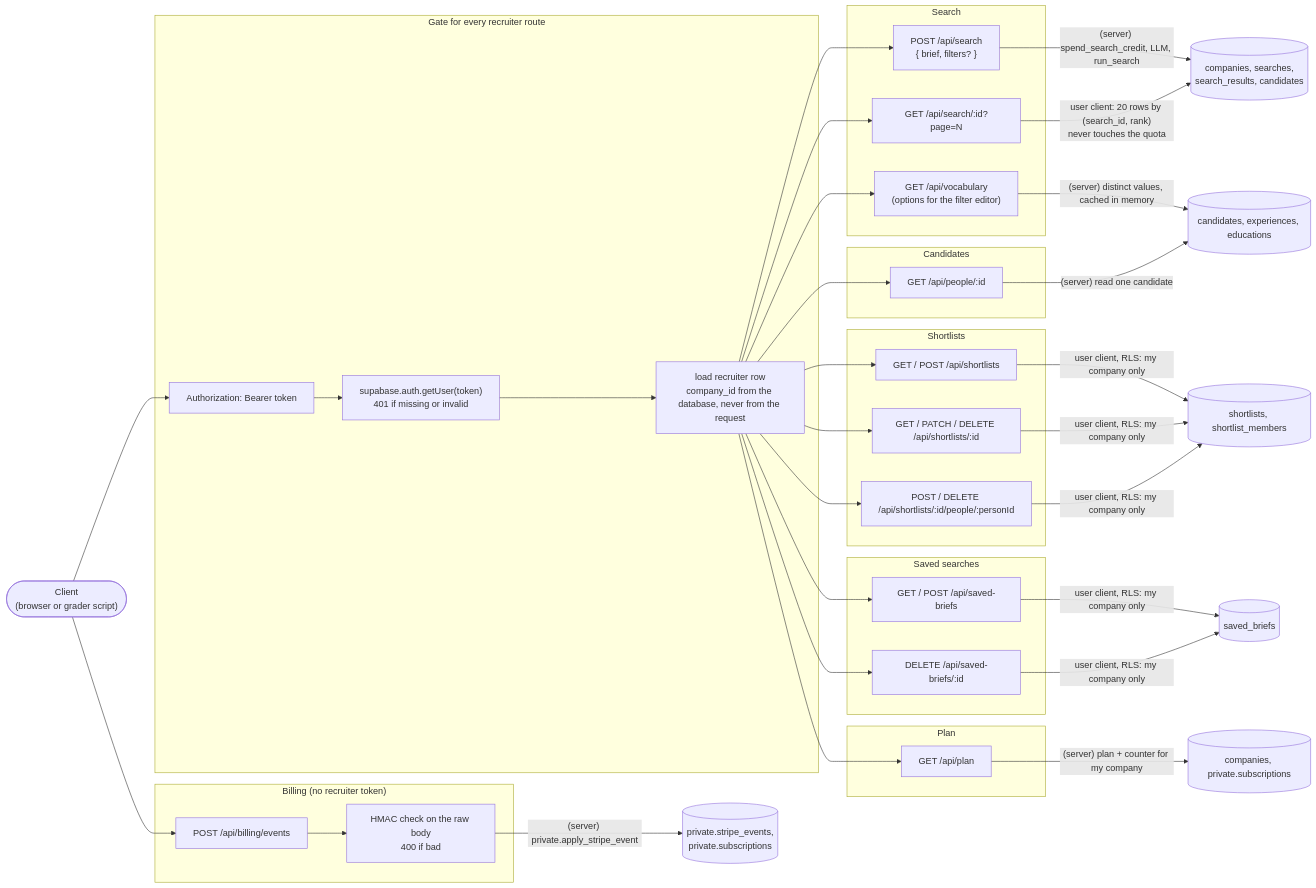
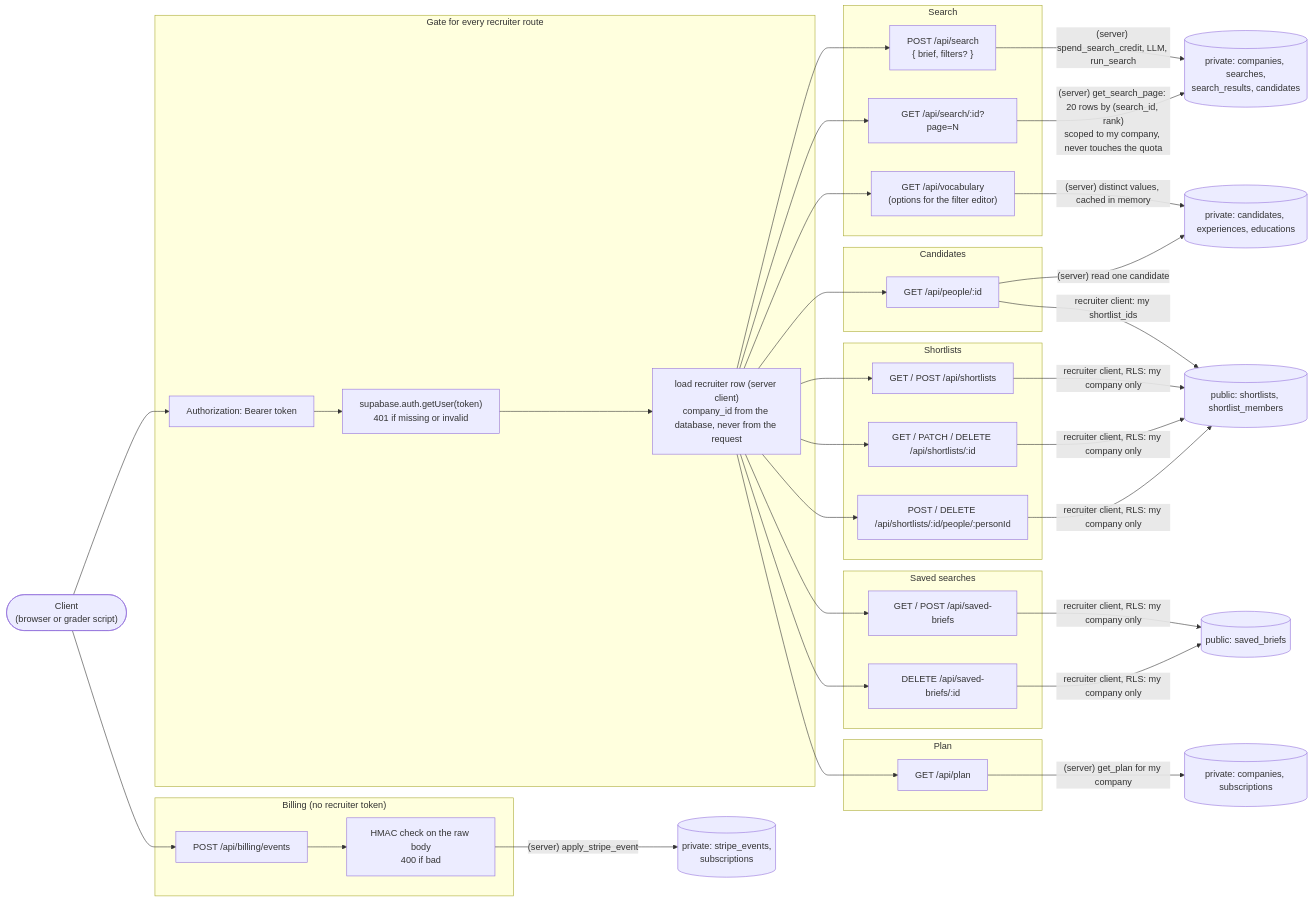
Before and after one commit to Shweta488/candidate-search: the diagram in docs/diagrams/04-request-map.mmd, drawn with Mermaid. The commit also changed 7 other files, not shown here.

First line of the commit message:
docs: align architecture, rules and diagrams with the LLD

```diff
--- a/docs/diagrams/04-request-map.mmd
+++ b/docs/diagrams/04-request-map.mmd
@@ -1,51 +1,52 @@
 %% LLD: every API request, how it is authorised, and what it touches.
-%% user client = publishable key + caller's token, every query runs under RLS
-%% server client = secret key, only used for the paths marked (server)
+%% recruiter client = publishable key + caller's token, every query runs under RLS
+%% server client = secret key, used for the paths marked (server). See LLD section 4.
 flowchart LR
     C(["Client<br/>(browser or grader script)"])
 
     subgraph Gate["Gate for every recruiter route"]
         G1["Authorization: Bearer token"]
         G2["supabase.auth.getUser(token)<br/>401 if missing or invalid"]
-        G3["load recruiter row<br/>company_id from the database, never from the request"]
+        G3["load recruiter row (server client)<br/>company_id from the database, never from the request"]
         G1 --> G2 --> G3
     end
 
     subgraph Search["Search"]
         S1["POST /api/search<br/>{ brief, filters? }"]
         S2["GET /api/search/:id?page=N"]
         S3["GET /api/vocabulary<br/>(options for the filter editor)"]
     end
     subgraph People["Candidates"]
         P1["GET /api/people/:id"]
     end
     subgraph Lists["Shortlists"]
         L1["GET / POST /api/shortlists"]
         L2["GET / PATCH / DELETE /api/shortlists/:id"]
         L3["POST / DELETE /api/shortlists/:id/people/:personId"]
     end
     subgraph Saved["Saved searches"]
         B1["GET / POST /api/saved-briefs"]
         B2["DELETE /api/saved-briefs/:id"]
     end
     subgraph Plan["Plan"]
         PL["GET /api/plan"]
     end
     subgraph Billing["Billing (no recruiter token)"]
         W1["POST /api/billing/events"]
         W2["HMAC check on the raw body<br/>400 if bad"]
         W1 --> W2
     end
 
     C --> G1
     C --> W1
     G3 --> S1 & S2 & S3 & P1 & L1 & L2 & L3 & B1 & B2 & PL
 
-    S1 -- "(server) spend_search_credit, LLM, run_search" --> T1[("companies, searches,<br/>search_results, candidates")]
-    S2 -- "user client: 20 rows by (search_id, rank)<br/>never touches the quota" --> T1
+    S1 -- "(server) spend_search_credit, LLM, run_search" --> T1[("private: companies, searches,<br/>search_results, candidates")]
+    S2 -- "(server) get_search_page: 20 rows by (search_id, rank)<br/>scoped to my company, never touches the quota" --> T1
     S3 -- "(server) distinct values, cached in memory" --> T2
-    P1 -- "(server) read one candidate" --> T2[("candidates, experiences, educations")]
-    L1 & L2 & L3 -- "user client, RLS: my company only" --> T3[("shortlists, shortlist_members")]
-    B1 & B2 -- "user client, RLS: my company only" --> T4[("saved_briefs")]
-    PL -- "(server) plan + counter for my company" --> T5[("companies, private.subscriptions")]
-    W2 -- "(server) private.apply_stripe_event" --> T6[("private.stripe_events,<br/>private.subscriptions")]
+    P1 -- "(server) read one candidate" --> T2[("private: candidates, experiences, educations")]
+    P1 -- "recruiter client: my shortlist_ids" --> T3
+    L1 & L2 & L3 -- "recruiter client, RLS: my company only" --> T3[("public: shortlists, shortlist_members")]
+    B1 & B2 -- "recruiter client, RLS: my company only" --> T4[("public: saved_briefs")]
+    PL -- "(server) get_plan for my company" --> T5[("private: companies, subscriptions")]
+    W2 -- "(server) apply_stripe_event" --> T6[("private: stripe_events,<br/>subscriptions")]
```
